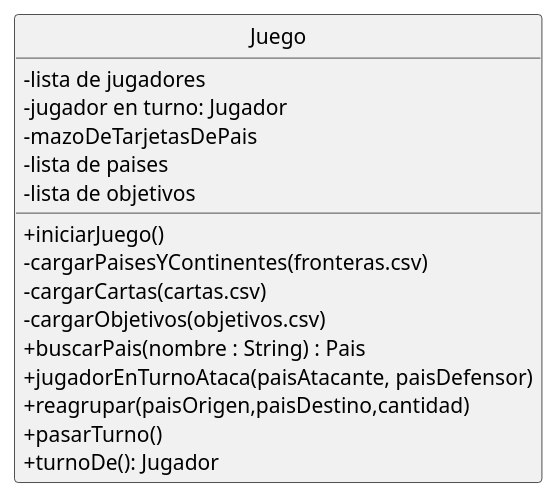
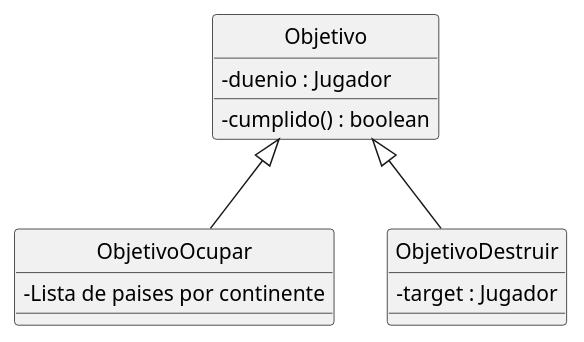
One commit to valengutierrez/algo3_tp2 changed the diagram in diagramas/clasesJuego.puml. Above: the diagram before and after it, drawn with PlantUML. The commit also changed 3 other files, not shown here.

Commit message:
Diagramas de verficacion de objetivos

```diff
--- a/diagramas/clasesJuego.puml
+++ b/diagramas/clasesJuego.puml
@@ -1,33 +1,49 @@
 @startuml Diagrama de clases
 skinparam classAttributeIconSize 0
 skinparam style strictuml
 hide class circle
 hide abstract circle
 
 
-Class Juego{
-    - lista de jugadores
-    - jugador en turno: Jugador
-    - mazoDeTarjetasDePais
-    - lista de paises
-    - lista de objetivos
+' Class Juego{
+'     - lista de jugadores
+'     - jugador en turno: Jugador
+'     - mazoDeTarjetasDePais
+'     - lista de paises
+'     - lista de objetivos
 
-    ' + agregarMazo(unMazo:Mazo)
-    ' + añadirJugador(unJugador:jugador)
-    + iniciarJuego()
-    - cargarPaisesYContinentes(fronteras.csv)
-    - cargarCartas(cartas.csv)
-    - cargarObjetivos(objetivos.csv)
-    + buscarPais(nombre : String) : Pais
+'     ' + agregarMazo(unMazo:Mazo)
+'     ' + añadirJugador(unJugador:jugador)
+'     + iniciarJuego()
+'     - cargarPaisesYContinentes(fronteras.csv)
+'     - cargarCartas(cartas.csv)
+'     - cargarObjetivos(objetivos.csv)
+'     + buscarPais(nombre : String) : Pais
 
 
 
 
-    + jugadorEnTurnoAtaca(paisAtacante, paisDefensor)
-    + reagrupar(paisOrigen,paisDestino,cantidad)
-    + pasarTurno()
-    + turnoDe(): Jugador
+'     + jugadorEnTurnoAtaca(paisAtacante, paisDefensor)
+'     + reagrupar(paisOrigen,paisDestino,cantidad)
+'     + pasarTurno()
+'     + turnoDe(): Jugador
 
+' }
+
+
+class Objetivo{
+    - duenio : Jugador
+
+    - cumplido() : boolean
+}
+class ObjetivoOcupar{
+    - Lista de paises por continente
+}
+class ObjetivoDestruir{
+    - target : Jugador
 }
 
+Objetivo <|-- ObjetivoOcupar
+Objetivo <|-- ObjetivoDestruir
+
 @enduml
```
